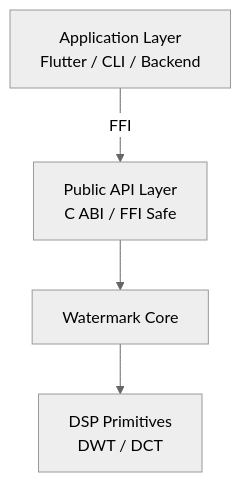
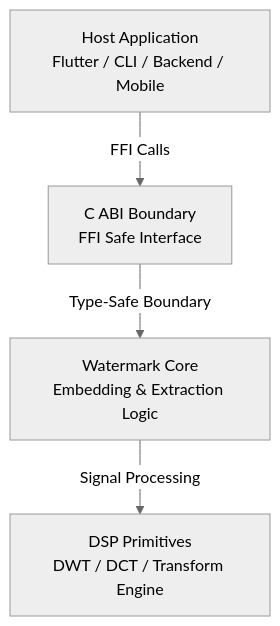
Before and after one commit to Stamp-ed/resilient-watermarking-pipeline: the first of 4 diagrams in README.md, drawn with Mermaid (neutral theme). The commit also changed other lines of this file, not shown here.

First line of the commit message:
chore: refactor Readme.md and adds abi info

````diff
--- a/README.md
+++ b/README.md
@@ -44,9 +78,11 @@
 ```mermaid
-flowchart TD
-    A[Application Layer<br/>Flutter / CLI / Backend]
-    B[Public API Layer<br/>C ABI / FFI Safe]
-    C[Watermark Core]
-    D[DSP Primitives<br/>DWT / DCT]
+graph TD
+    A[Host Application<br/>Flutter / CLI / Backend / Mobile]
+    B[C ABI Boundary<br/>FFI Safe Interface]
+    C[Watermark Core<br/>Embedding & Extraction Logic]
+    D[DSP Primitives<br/>DWT / DCT / Transform Engine]
 
-    A -->|FFI| B --> C --> D
+    A -->|FFI Calls| B
+    B -->|Type-Safe Boundary| C
+    C -->|Signal Processing| D
 ```
````
